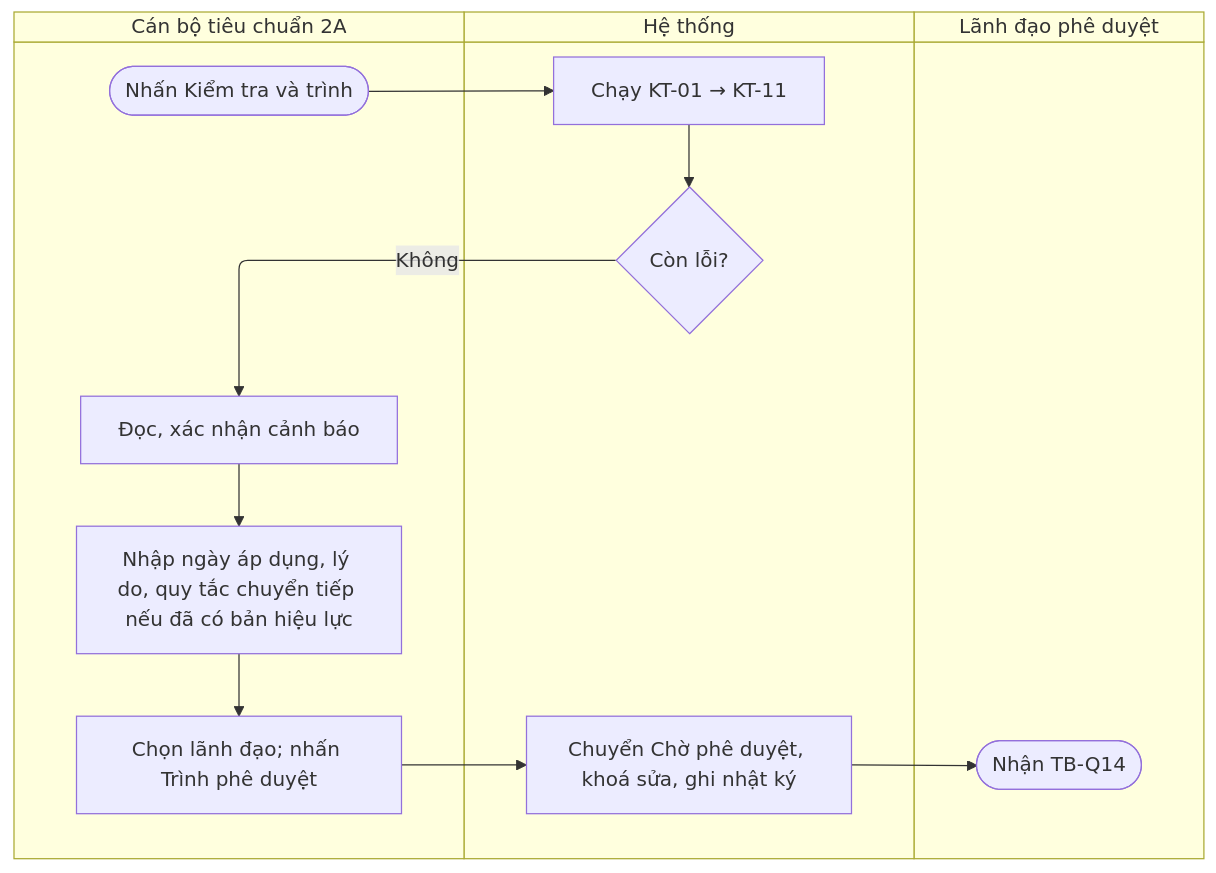
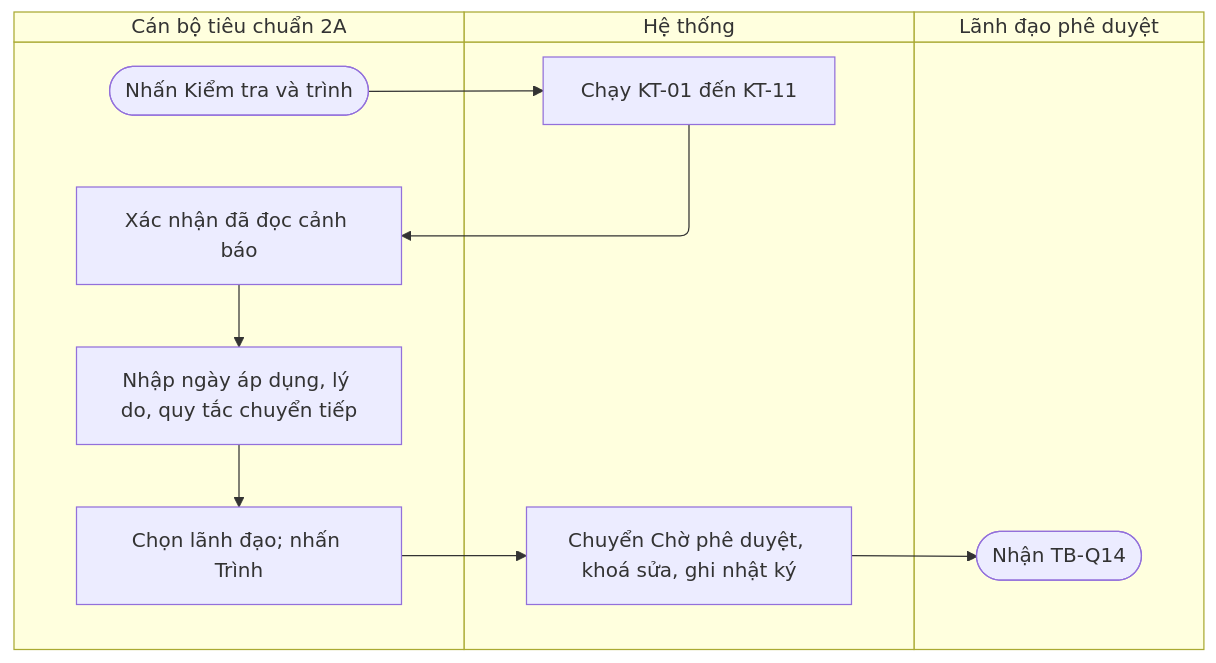
The first of 2 diagrams in docs/prd/quy-trinh-tieu-chuan-txng/7.6-kiem-tra-va-trinh-phe-duyet.md (cuongnh-rd/ndatrace-attp), drawn with Mermaid before and after one commit. The commit also changed other lines of this file and 9 other files, not shown here.

First line of the commit message:
docs(prd): vẽ lại swimlane Quy trình tiêu chuẩn TXNG, phạm vi trùng ngành theo cơ quan cấp 2, sửa tham chiếu luồng

````diff
--- a/docs/prd/quy-trinh-tieu-chuan-txng/7.6-kiem-tra-va-trinh-phe-duyet.md
+++ b/docs/prd/quy-trinh-tieu-chuan-txng/7.6-kiem-tra-va-trinh-phe-duyet.md
@@ -53,24 +53,22 @@
 ```mermaid
 swimlane-beta TB
   subgraph CB["Cán bộ tiêu chuẩn 2A"]
     s(["Nhấn Kiểm tra và trình"])
-    c1["Đọc, xác nhận cảnh báo"]
-    c2["Nhập ngày áp dụng, lý do, quy tắc chuyển tiếp nếu đã có bản hiệu lực"]
-    c3["Chọn lãnh đạo; nhấn Trình phê duyệt"]
+    c1["Xác nhận đã đọc cảnh báo"]
+    c2["Nhập ngày áp dụng, lý do, quy tắc chuyển tiếp"]
+    c3["Chọn lãnh đạo; nhấn Trình"]
   end
   subgraph HT["Hệ thống"]
-    h1["Chạy KT-01 → KT-11"]
-    d1{"Còn lỗi?"}
+    h1["Chạy KT-01 đến KT-11"]
     h3["Chuyển Chờ phê duyệt, khoá sửa, ghi nhật ký"]
   end
   subgraph LD["Lãnh đạo phê duyệt"]
     l1(["Nhận TB-Q14"])
   end
   s --> h1
-  h1 --> d1
-  d1 -->|Không| c1
+  h1 --> c1
   c1 --> c2
   c2 --> c3
   c3 --> h3
   h3 --> l1
 ```
````
